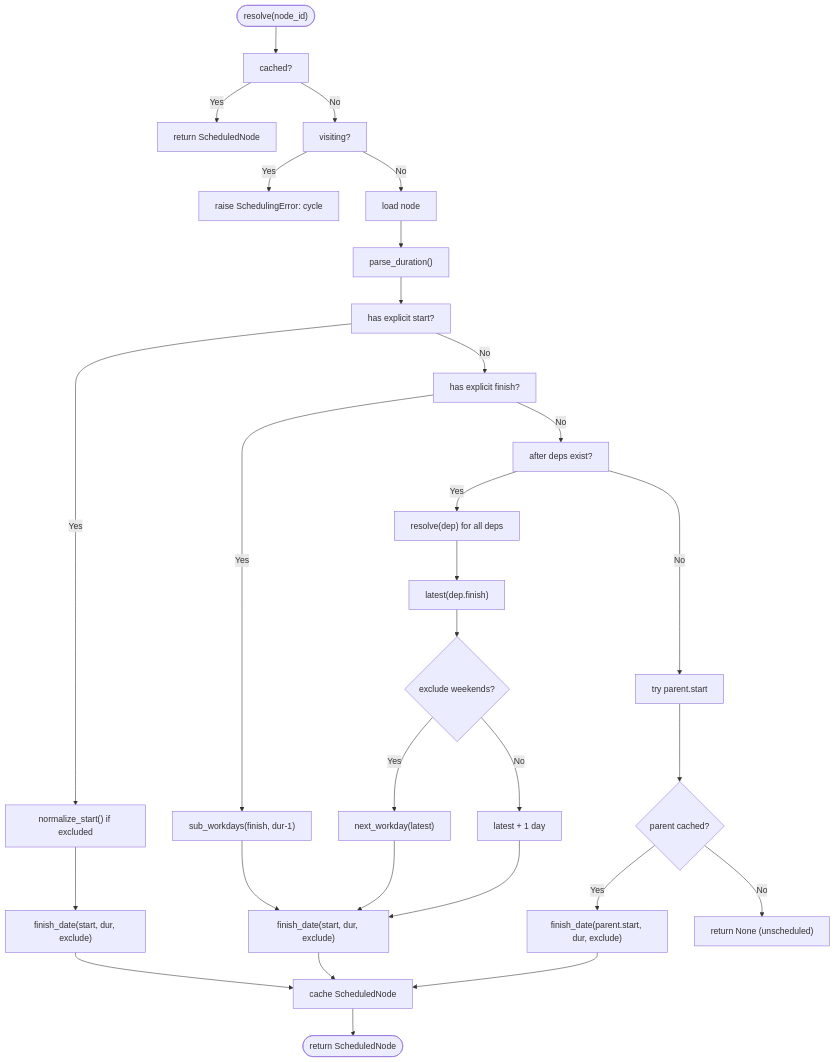
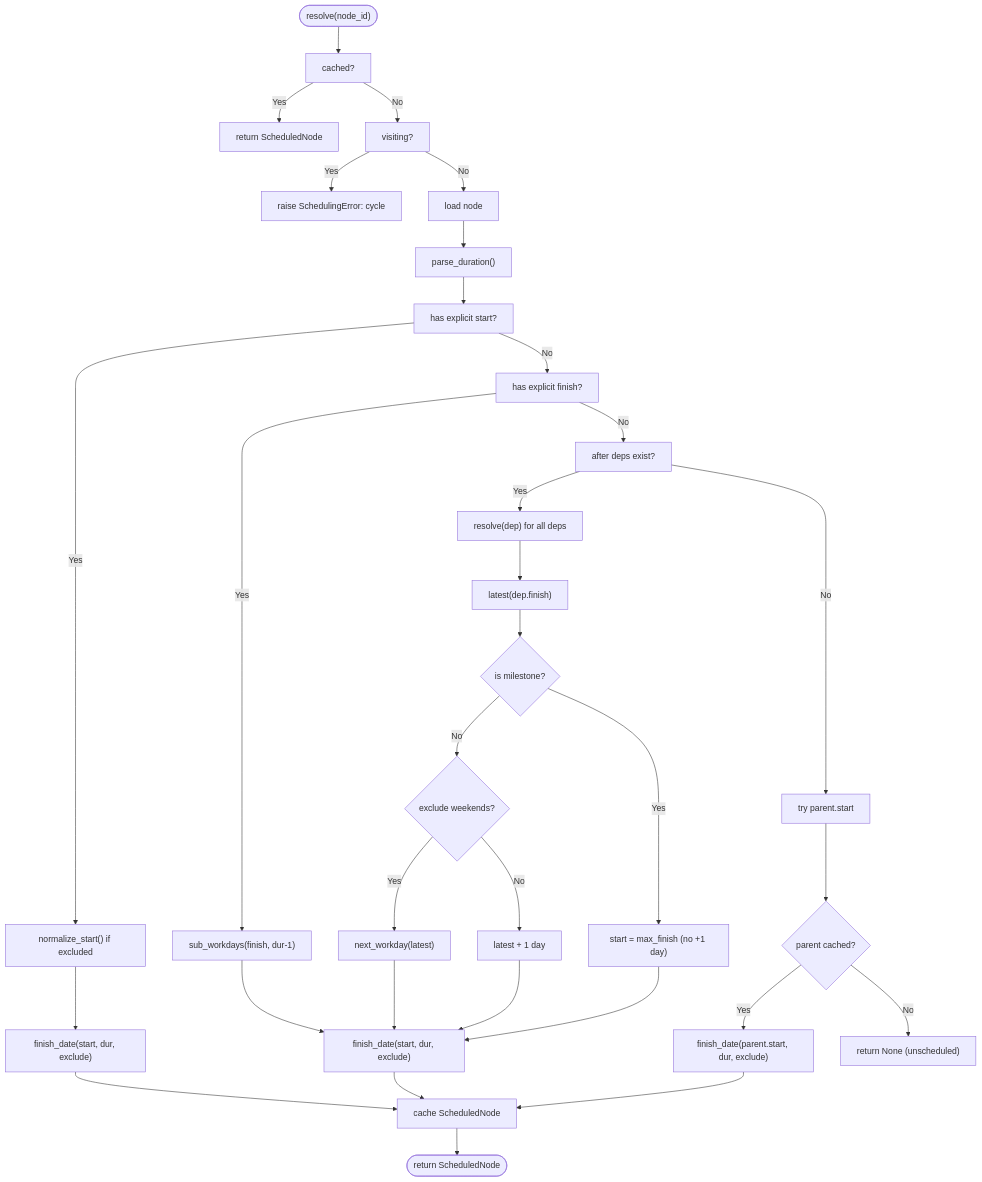
Before and after one commit to asukhodko/opskarta: the third of 6 diagrams in .qoder/repowiki/en/content/Specification Reference/Data Models/Temporal Planning and Scheduling.md, drawn with Mermaid. The commit also changed other lines of this file and 4 other files, not shown here.

````diff
--- a/.qoder/repowiki/en/content/Specification Reference/Data Models/Temporal Planning and Scheduling.md
+++ b/.qoder/repowiki/en/content/Specification Reference/Data Models/Temporal Planning and Scheduling.md
@@ -181,31 +189,34 @@
 ```mermaid
 flowchart TD
 Start(["resolve(node_id)"]) --> CheckCache["cached?"]
 CheckCache --> |Yes| ReturnCache["return ScheduledNode"]
 CheckCache --> |No| CheckCycle["visiting?"]
 CheckCycle --> |Yes| ErrorCycle["raise SchedulingError: cycle"]
 CheckCycle --> |No| LoadNode["load node"]
 LoadNode --> ParseDur["parse_duration()"]
 ParseDur --> HasStart["has explicit start?"]
 HasStart --> |Yes| NormalizeStart["normalize_start() if excluded"]
 NormalizeStart --> FinishExplicit["finish_date(start, dur, exclude)"]
 HasStart --> |No| HasFinish["has explicit finish?"]
 HasFinish --> |Yes| FinishBackward["sub_workdays(finish, dur-1)"]
 FinishBackward --> FinishImplicit["finish_date(start, dur, exclude)"]
 HasFinish --> |No| AfterDeps["after deps exist?"]
 AfterDeps --> |Yes| ResolveDeps["resolve(dep) for all deps"]
 ResolveDeps --> Latest["latest(dep.finish)"]
-Latest --> NextWD{"exclude weekends?"}
+Latest --> Milestone{"is milestone?"}
+Milestone --> |Yes| StartSameDay["start = max_finish (no +1 day)"]
+Milestone --> |No| NextWD{"exclude weekends?"}
 NextWD --> |Yes| StartNextWD["next_workday(latest)"]
 NextWD --> |No| StartNextDay["latest + 1 day"]
 StartNextWD --> FinishImplicit
 StartNextDay --> FinishImplicit
+StartSameDay --> FinishImplicit
 AfterDeps --> |No| TryParent["try parent.start"]
 TryParent --> ParentOk{"parent cached?"}
 ParentOk --> |Yes| FinishImplicitFromParent["finish_date(parent.start, dur, exclude)"]
 ParentOk --> |No| Skip["return None (unscheduled)"]
 FinishExplicit --> Store["cache ScheduledNode"]
 FinishImplicit --> Store
 FinishImplicitFromParent --> Store
 Store --> End(["return ScheduledNode"])
 ```
````
